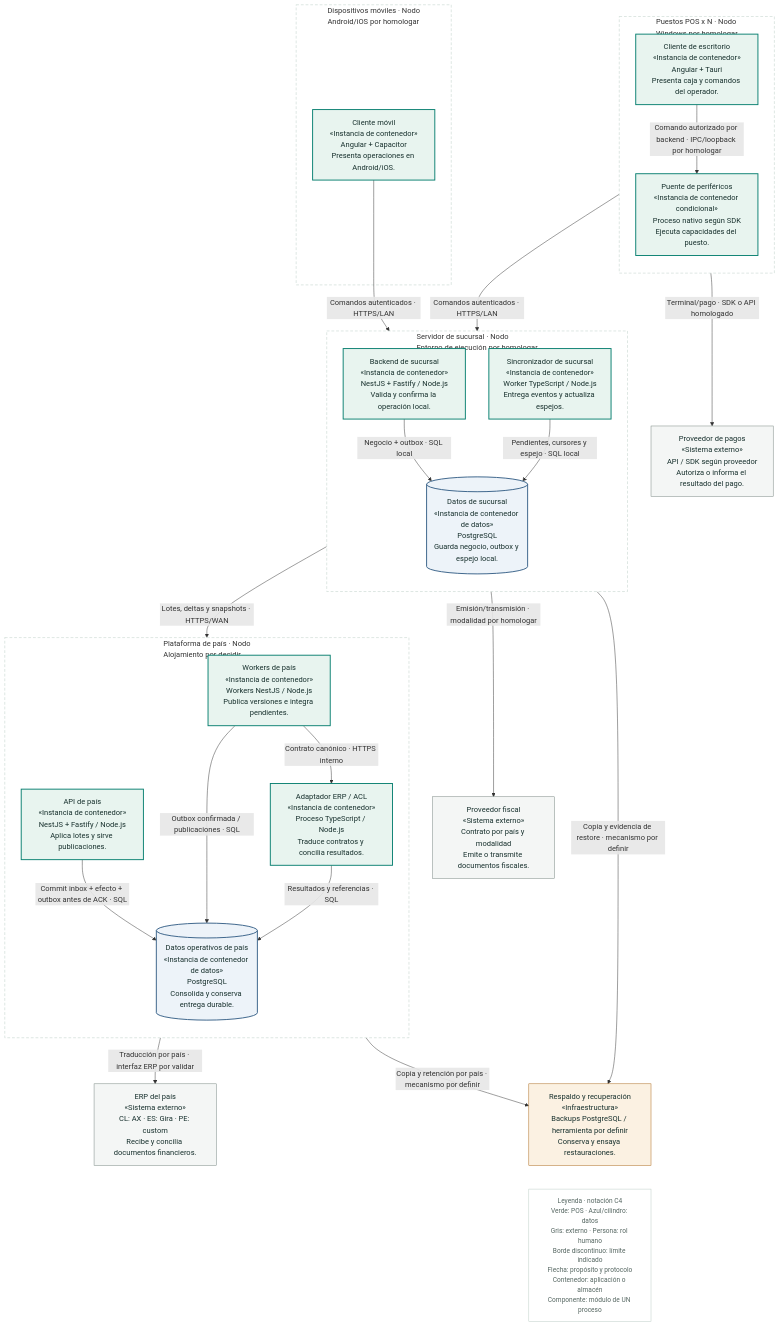
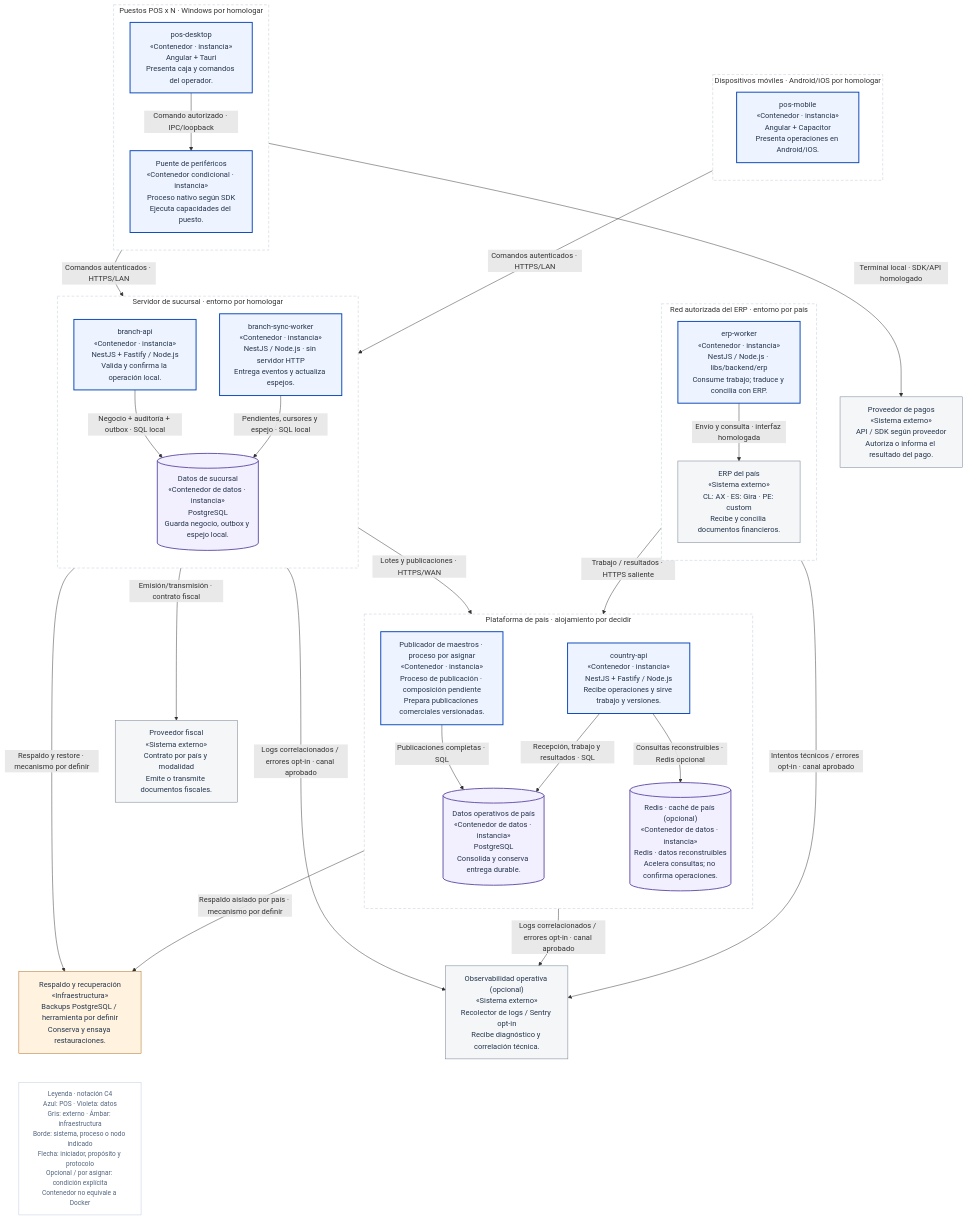
Before and after one commit to developer-implementos/pos-docs: the diagram in docs/diagramas-excalidraw/mermaid/c4-deployment.mmd, drawn with Mermaid. The commit also changed 72 other files, not shown here.

Commit message:
docs: map C4 components to applications and clarify country cache and ERP topology

```diff
--- a/docs/diagramas-excalidraw/mermaid/c4-deployment.mmd
+++ b/docs/diagramas-excalidraw/mermaid/c4-deployment.mmd
@@ -1,56 +1,65 @@
 flowchart TB
-    accTitle: Complemento · Despliegue — Dónde corre cada pieza
-    accDescr: Entorno objetivo de referencia: una tienda y una plataforma por país. No describe servidores o proveedores cloud ya contratados. Varias cajas comparten servidor y PostgreSQL de sucursal. Sin WAN puede continuar la operación autorizada; sin LAN o escritor, no se crea otra autoridad en cada puesto.
-    subgraph terminalNode["Puestos POS x N · Nodo<br/>Windows por homologar"]
+    accTitle: Complemento · Despliegue — Sucursal, país y red autorizada del ERP
+    accDescr: Perfil WAN: puestos y móviles usan el servidor de sucursal por LAN. País y red del ERP son entornos independientes, conectados mediante contratos autenticados. erp-worker inicia la conexión hacia country-api; no accede por SQL WAN a su base. Redis sólo aparece como caché opcional de país. Infraestructura, recuperación y capacidad deben homologarse.
+    subgraph terminalNode["Puestos POS x N · Windows por homologar"]
         direction TB
-        client["Cliente de escritorio<br/>«Instancia de contenedor»<br/>Angular + Tauri<br/>Presenta caja y comandos del operador."]:::pos
-        device["Puente de periféricos<br/>«Instancia de contenedor condicional»<br/>Proceso nativo según SDK<br/>Ejecuta capacidades del puesto."]:::pos
+        client["pos-desktop<br/>«Contenedor · instancia»<br/>Angular + Tauri<br/>Presenta caja y comandos del operador."]:::pos
+        device["Puente de periféricos<br/>«Contenedor condicional · instancia»<br/>Proceso nativo según SDK<br/>Ejecuta capacidades del puesto."]:::pos
     end
-    subgraph mobileNode["Dispositivos móviles · Nodo<br/>Android/iOS por homologar"]
-        mobileClient["Cliente móvil<br/>«Instancia de contenedor»<br/>Angular + Capacitor<br/>Presenta operaciones en Android/iOS."]:::pos
+    subgraph mobileNode["Dispositivos móviles · Android/iOS por homologar"]
+        direction TB
+        mobileClient["pos-mobile<br/>«Contenedor · instancia»<br/>Angular + Capacitor<br/>Presenta operaciones en Android/iOS."]:::pos
     end
-    subgraph serverNode["Servidor de sucursal · Nodo<br/>Entorno de ejecución por homologar"]
+    subgraph serverNode["Servidor de sucursal · entorno por homologar"]
         direction TB
-        branchApi["Backend de sucursal<br/>«Instancia de contenedor»<br/>NestJS + Fastify / Node.js<br/>Valida y confirma la operación local."]:::pos
-        syncWorker["Sincronizador de sucursal<br/>«Instancia de contenedor»<br/>Worker TypeScript / Node.js<br/>Entrega eventos y actualiza espejos."]:::pos
-        branchDb[("Datos de sucursal<br/>«Instancia de contenedor de datos»<br/>PostgreSQL<br/>Guarda negocio, outbox y espejo local.")]:::store
+        branchApi["branch-api<br/>«Contenedor · instancia»<br/>NestJS + Fastify / Node.js<br/>Valida y confirma la operación local."]:::pos
+        syncWorker["branch-sync-worker<br/>«Contenedor · instancia»<br/>NestJS / Node.js · sin servidor HTTP<br/>Entrega eventos y actualiza espejos."]:::pos
+        branchDb[("Datos de sucursal<br/>«Contenedor de datos · instancia»<br/>PostgreSQL<br/>Guarda negocio, outbox y espejo local.")]:::store
     end
-    subgraph countryNode["Plataforma de país · Nodo<br/>Alojamiento por decidir"]
+    subgraph countryNode["Plataforma de país · alojamiento por decidir"]
         direction TB
-        countryApi["API de país<br/>«Instancia de contenedor»<br/>NestJS + Fastify / Node.js<br/>Aplica lotes y sirve publicaciones."]:::pos
-        countryWorker["Workers de país<br/>«Instancia de contenedor»<br/>Workers NestJS / Node.js<br/>Publica versiones e integra pendientes."]:::pos
-        erpAdapter["Adaptador ERP / ACL<br/>«Instancia de contenedor»<br/>Proceso TypeScript / Node.js<br/>Traduce contratos y concilia resultados."]:::pos
-        countryDb[("Datos operativos de país<br/>«Instancia de contenedor de datos»<br/>PostgreSQL<br/>Consolida y conserva entrega durable.")]:::store
+        countryApi["country-api<br/>«Contenedor · instancia»<br/>NestJS + Fastify / Node.js<br/>Recibe operaciones y sirve trabajo y versiones."]:::pos
+        countryWorker["Publicador de maestros · proceso por asignar<br/>«Contenedor · instancia»<br/>Proceso de publicación · composición pendiente<br/>Prepara publicaciones comerciales versionadas."]:::pos
+        countryDb[("Datos operativos de país<br/>«Contenedor de datos · instancia»<br/>PostgreSQL<br/>Consolida y conserva entrega durable.")]:::store
+        countryCache[("Redis · caché de país (opcional)<br/>«Contenedor de datos · instancia»<br/>Redis · datos reconstruibles<br/>Acelera consultas; no confirma operaciones.")]:::store
     end
-    erp["ERP del país<br/>«Sistema externo»<br/>CL: AX · ES: Gira · PE: custom<br/>Recibe y concilia documentos financieros."]:::external
+    subgraph erpNode["Red autorizada del ERP · entorno por país"]
+        direction TB
+        erpAdapter["erp-worker<br/>«Contenedor · instancia»<br/>NestJS / Node.js · libs/backend/erp<br/>Consume trabajo; traduce y concilia con ERP."]:::pos
+        erp["ERP del país<br/>«Sistema externo»<br/>CL: AX · ES: Gira · PE: custom<br/>Recibe y concilia documentos financieros."]:::external
+    end
     payments["Proveedor de pagos<br/>«Sistema externo»<br/>API / SDK según proveedor<br/>Autoriza o informa el resultado del pago."]:::external
     fiscal["Proveedor fiscal<br/>«Sistema externo»<br/>Contrato por país y modalidad<br/>Emite o transmite documentos fiscales."]:::external
     backup["Respaldo y recuperación<br/>«Infraestructura»<br/>Backups PostgreSQL / herramienta por definir<br/>Conserva y ensaya restauraciones."]:::infra
-    legend["Leyenda · notación C4<br/>Verde: POS · Azul/cilindro: datos<br/>Gris: externo · Persona: rol humano<br/>Borde discontinuo: límite indicado<br/>Flecha: propósito y protocolo<br/>Contenedor: aplicación o almacén<br/>Componente: módulo de UN proceso"]:::key
+    observability["Observabilidad operativa (opcional)<br/>«Sistema externo»<br/>Recolector de logs / Sentry opt-in<br/>Recibe diagnóstico y correlación técnica."]:::external
+    legend["Leyenda · notación C4<br/>Azul: POS · Violeta: datos<br/>Gris: externo · Ámbar: infraestructura<br/>Borde: sistema, proceso o nodo indicado<br/>Flecha: iniciador, propósito y protocolo<br/>Opcional / por asignar: condición explícita<br/>Contenedor no equivale a Docker"]:::key
     client -->|"Comandos autenticados · HTTPS/LAN"| branchApi
     mobileClient -->|"Comandos autenticados · HTTPS/LAN"| branchApi
-    client -->|"Comando autorizado por backend · IPC/loopback por homologar"| device
-    branchApi -->|"Negocio + outbox · SQL local"| branchDb
+    client -->|"Comando autorizado · IPC/loopback"| device
+    branchApi -->|"Negocio + auditoría + outbox · SQL local"| branchDb
     syncWorker -->|"Pendientes, cursores y espejo · SQL local"| branchDb
-    syncWorker -->|"Lotes, deltas y snapshots · HTTPS/WAN"| countryApi
-    countryApi -->|"Commit inbox + efecto + outbox antes de ACK · SQL"| countryDb
-    countryWorker -->|"Outbox confirmada / publicaciones · SQL"| countryDb
-    countryWorker -->|"Contrato canónico · HTTPS interno"| erpAdapter
-    erpAdapter -->|"Traducción por país · interfaz ERP por validar"| erp
-    erpAdapter -->|"Resultados y referencias · SQL"| countryDb
-    device -->|"Terminal/pago · SDK o API homologado"| payments
-    branchApi -->|"Emisión/transmisión · modalidad por homologar"| fiscal
-    branchDb -->|"Copia y evidencia de restore · mecanismo por definir"| backup
-    countryDb -->|"Copia y retención por país · mecanismo por definir"| backup
-    %% Keep the reading key outside the deployment nodes; this is a layout constraint.
+    syncWorker -->|"Lotes y publicaciones · HTTPS/WAN"| countryApi
+    countryApi -->|"Recepción, trabajo y resultados · SQL"| countryDb
+    countryWorker -->|"Publicaciones completas · SQL"| countryDb
+    countryApi -->|"Consultas reconstruibles · Redis opcional"| countryCache
+    erpAdapter -->|"Trabajo / resultados · HTTPS saliente"| countryApi
+    erpAdapter -->|"Envío y consulta · interfaz homologada"| erp
+    device -->|"Terminal local · SDK/API homologado"| payments
+    branchApi -->|"Emisión/transmisión · contrato fiscal"| fiscal
+    branchDb -->|"Respaldo y restore · mecanismo por definir"| backup
+    countryDb -->|"Respaldo aislado por país · mecanismo por definir"| backup
+    branchApi -->|"Logs correlacionados / errores opt-in · canal aprobado"| observability
+    countryApi -->|"Logs correlacionados / errores opt-in · canal aprobado"| observability
+    erpAdapter -->|"Intentos técnicos / errores opt-in · canal aprobado"| observability
     backup ~~~ legend
-    classDef pos fill:#e8f4ef,stroke:#087f70,color:#17302d,stroke-width:2px
-    classDef store fill:#edf3f9,stroke:#365f87,color:#17302d,stroke-width:2px
-    classDef external fill:#f4f6f5,stroke:#74827d,color:#17302d
-    classDef person fill:#152d2b,stroke:#152d2b,color:#ffffff
-    classDef infra fill:#fbf1e2,stroke:#a86516,color:#17302d
-    classDef key fill:#ffffff,stroke:#b9cbc3,color:#566762,font-size:14px
-    style terminalNode fill:#ffffff,stroke:#b9cbc3,stroke-dasharray:6 4
-    style mobileNode fill:#ffffff,stroke:#b9cbc3,stroke-dasharray:6 4
-    style serverNode fill:#ffffff,stroke:#b9cbc3,stroke-dasharray:6 4
-    style countryNode fill:#ffffff,stroke:#b9cbc3,stroke-dasharray:6 4
+    classDef pos fill:#EDF3FF,stroke:#0545BA,color:#25364D,stroke-width:2px
+    classDef store fill:#F2EFFF,stroke:#6551A8,color:#25364D,stroke-width:2px
+    classDef external fill:#F4F6F8,stroke:#6B788A,color:#25364D
+    classDef person fill:#18336D,stroke:#18336D,color:#FFFFFF
+    classDef infra fill:#FFF3E0,stroke:#A86516,color:#25364D
+    classDef key fill:#FFFFFF,stroke:#BCC9DB,color:#53657F,font-size:14px
+    style terminalNode fill:#FFFFFF,stroke:#BCC9DB,stroke-dasharray:6 4
+    style mobileNode fill:#FFFFFF,stroke:#BCC9DB,stroke-dasharray:6 4
+    style serverNode fill:#FFFFFF,stroke:#BCC9DB,stroke-dasharray:6 4
+    style countryNode fill:#FFFFFF,stroke:#BCC9DB,stroke-dasharray:6 4
+    style erpNode fill:#FFFFFF,stroke:#BCC9DB,stroke-dasharray:6 4
```
